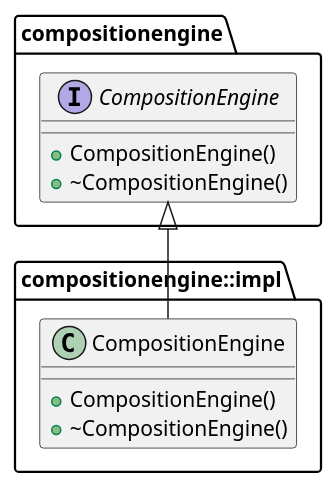
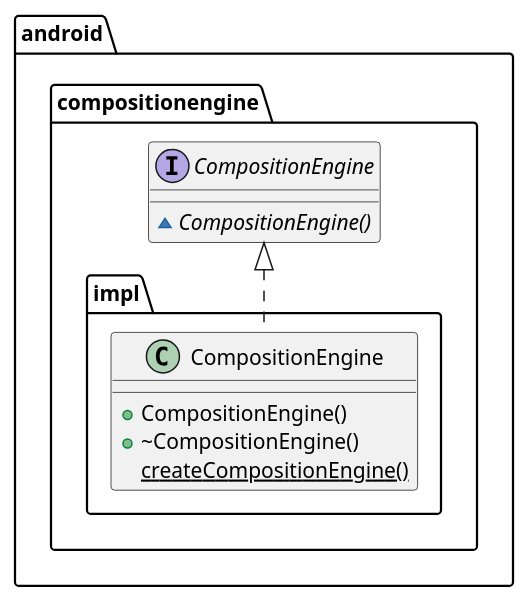
The first of 6 diagrams in UML/CompositionEngine.md (simowce/CompositionEngine), drawn with PlantUML before and after one commit. The commit also changed other lines of this file, not shown here.

````diff
--- a/UML/CompositionEngine.md
+++ b/UML/CompositionEngine.md
@@ -6,17 +6,18 @@
    ```plantuml
    @startuml
-   namespace compositionengine {
-       interface CompositionEngine {
-           + CompositionEngine()
-           + ~CompositionEngine()
+      namespace android {
+        namespace compositionengine {
+        interface CompositionEngine {
+            {abstract} ~CompositionEngine()
+        }
+        namespace impl {
+        class CompositionEngine {
+            + CompositionEngine()
+            + ~CompositionEngine()
+            {static} createCompositionEngine()
+        }
+        android.compositionengine.CompositionEngine <|.. CompositionEngine
        }
-   }
-   namespace compositionengine::impl {
-       class CompositionEngine {
-           + CompositionEngine()
-           + ~CompositionEngine()
-       }
-       compositionengine.CompositionEngine <|-- CompositionEngine
    }
    @enduml
    ```
````
